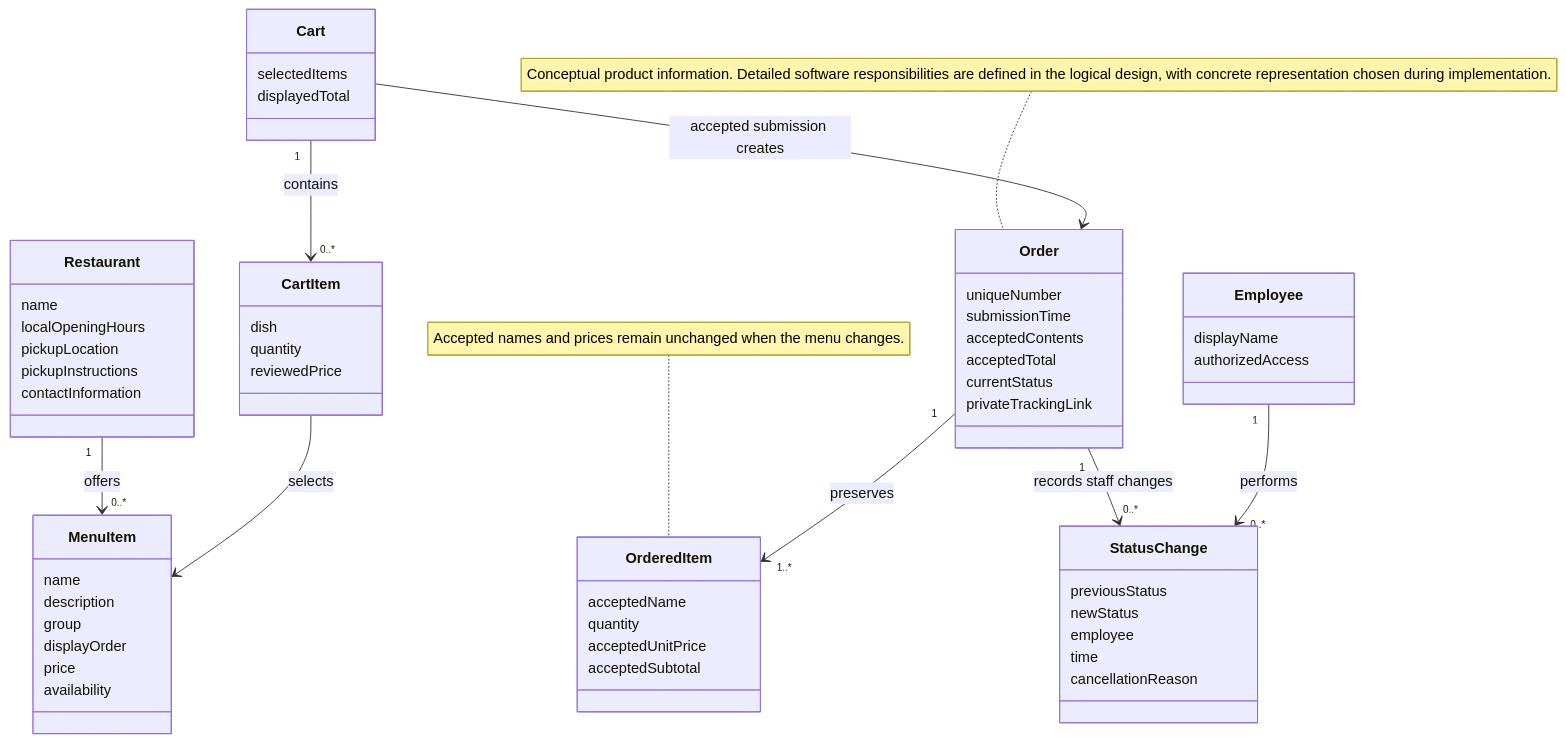
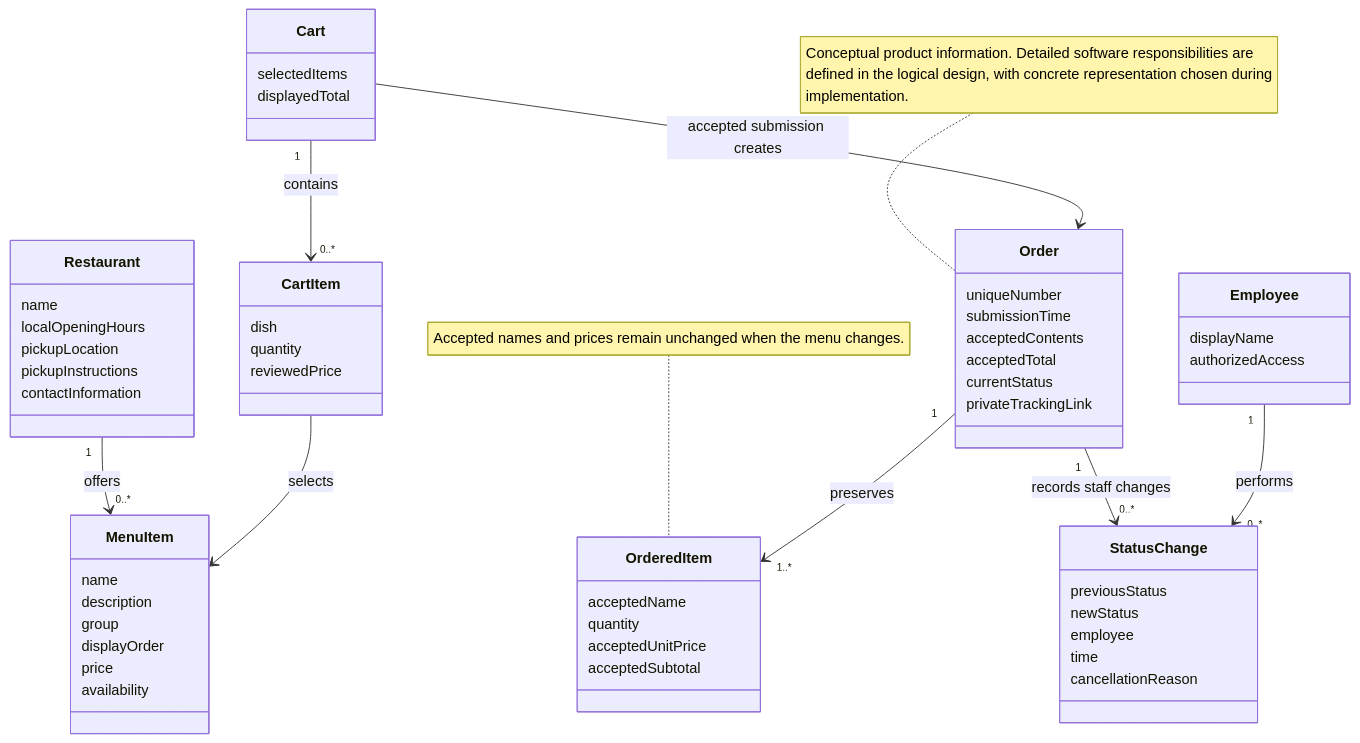
The diagram in design/diagrams/02-product-concepts.mmd (axantillon/mesa-tica), drawn with Mermaid before and after one commit. The commit also changed 18 other files, not shown here.

Commit message:
Add readable diagram views and resolve final design ambiguities

```diff
--- a/design/diagrams/02-product-concepts.mmd
+++ b/design/diagrams/02-product-concepts.mmd
@@ -1,59 +1,59 @@
 classDiagram
     class Restaurant {
         name
         localOpeningHours
         pickupLocation
         pickupInstructions
         contactInformation
     }
     class MenuItem {
         name
         description
         group
         displayOrder
         price
         availability
     }
     class Cart {
         selectedItems
         displayedTotal
     }
     class CartItem {
         dish
         quantity
         reviewedPrice
     }
     class Order {
         uniqueNumber
         submissionTime
         acceptedContents
         acceptedTotal
         currentStatus
         privateTrackingLink
     }
     class OrderedItem {
         acceptedName
         quantity
         acceptedUnitPrice
         acceptedSubtotal
     }
     class StatusChange {
         previousStatus
         newStatus
         employee
         time
         cancellationReason
     }
     class Employee {
         displayName
         authorizedAccess
     }
     Restaurant "1" --> "0..*" MenuItem : offers
     Cart "1" --> "0..*" CartItem : contains
     CartItem --> MenuItem : selects
     Cart --> Order : accepted submission creates
     Order "1" --> "1..*" OrderedItem : preserves
     Order "1" --> "0..*" StatusChange : records staff changes
     Employee "1" --> "0..*" StatusChange : performs
-    note for Order "Conceptual product information. Detailed software responsibilities are defined in the logical design, with concrete representation chosen during implementation."
+    note for Order "Conceptual product information. Detailed software responsibilities are<br/>defined in the logical design, with concrete representation chosen during<br/>implementation."
     note for OrderedItem "Accepted names and prices remain unchanged when the menu changes."
```
